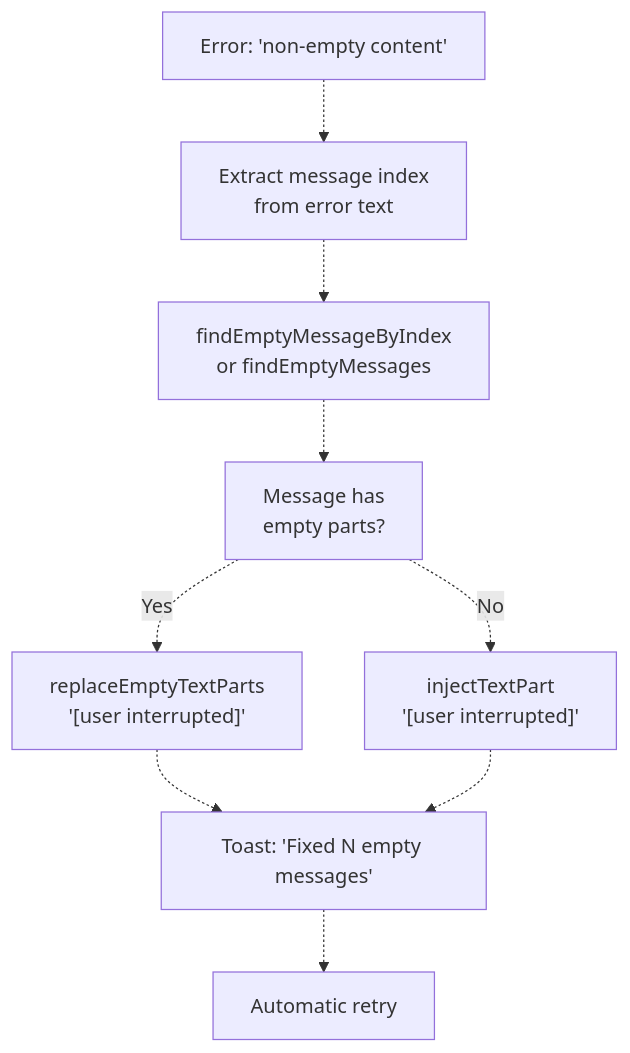
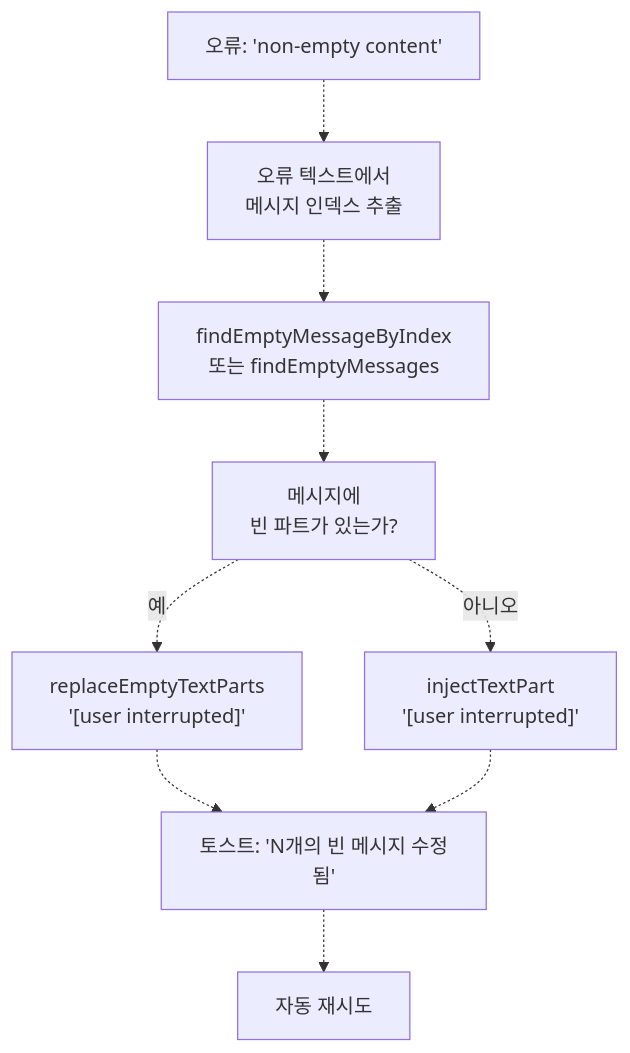
One commit to felipetruman/oh-my-opencode-docs changed the seventh of 10 diagrams in docs/hooks/context-management-hooks.md. Above: the diagram before and after it, drawn with Mermaid. The commit also changed other lines of this file and 76 other files, not shown here.

````diff
--- a/docs/hooks/context-management-hooks.md
+++ b/docs/hooks/context-management-hooks.md
@@ -590,21 +591,21 @@
 ```mermaid
 flowchart TD
 
-EmptyError["Error: 'non-empty content'"]
-ExtractIndex["Extract message index<br>from error text"]
-FindMessage["findEmptyMessageByIndex<br>or findEmptyMessages"]
-CheckParts["Message has<br>empty parts?"]
+EmptyError["오류: 'non-empty content'"]
+ExtractIndex["오류 텍스트에서<br>메시지 인덱스 추출"]
+FindMessage["findEmptyMessageByIndex<br>또는 findEmptyMessages"]
+CheckParts["메시지에<br>빈 파트가 있는가?"]
 Replace["replaceEmptyTextParts<br>'[user interrupted]'"]
 Inject["injectTextPart<br>'[user interrupted]'"]
-Toast["Toast: 'Fixed N empty messages'"]
-Retry["Automatic retry"]
+Toast["토스트: 'N개의 빈 메시지 수정됨'"]
+Retry["자동 재시도"]
 
 EmptyError -.-> ExtractIndex
 ExtractIndex -.-> FindMessage
 FindMessage -.-> CheckParts
-CheckParts -.->|"Yes"| Replace
-CheckParts -.->|"No"| Inject
+CheckParts -.->|"예"| Replace
+CheckParts -.->|"아니오"| Inject
 Replace -.-> Toast
 Inject -.-> Toast
 Toast -.-> Retry
 ```
````
